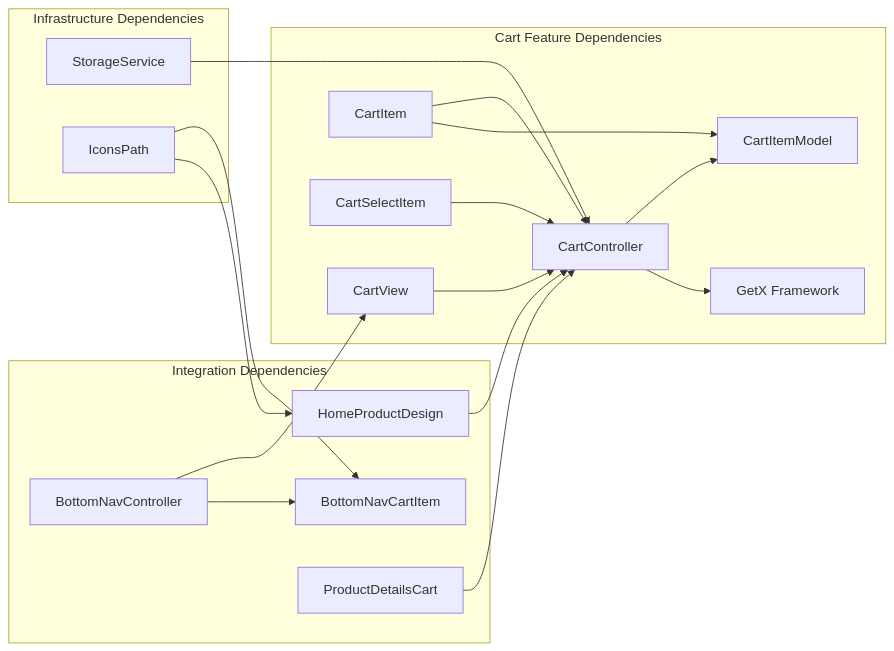
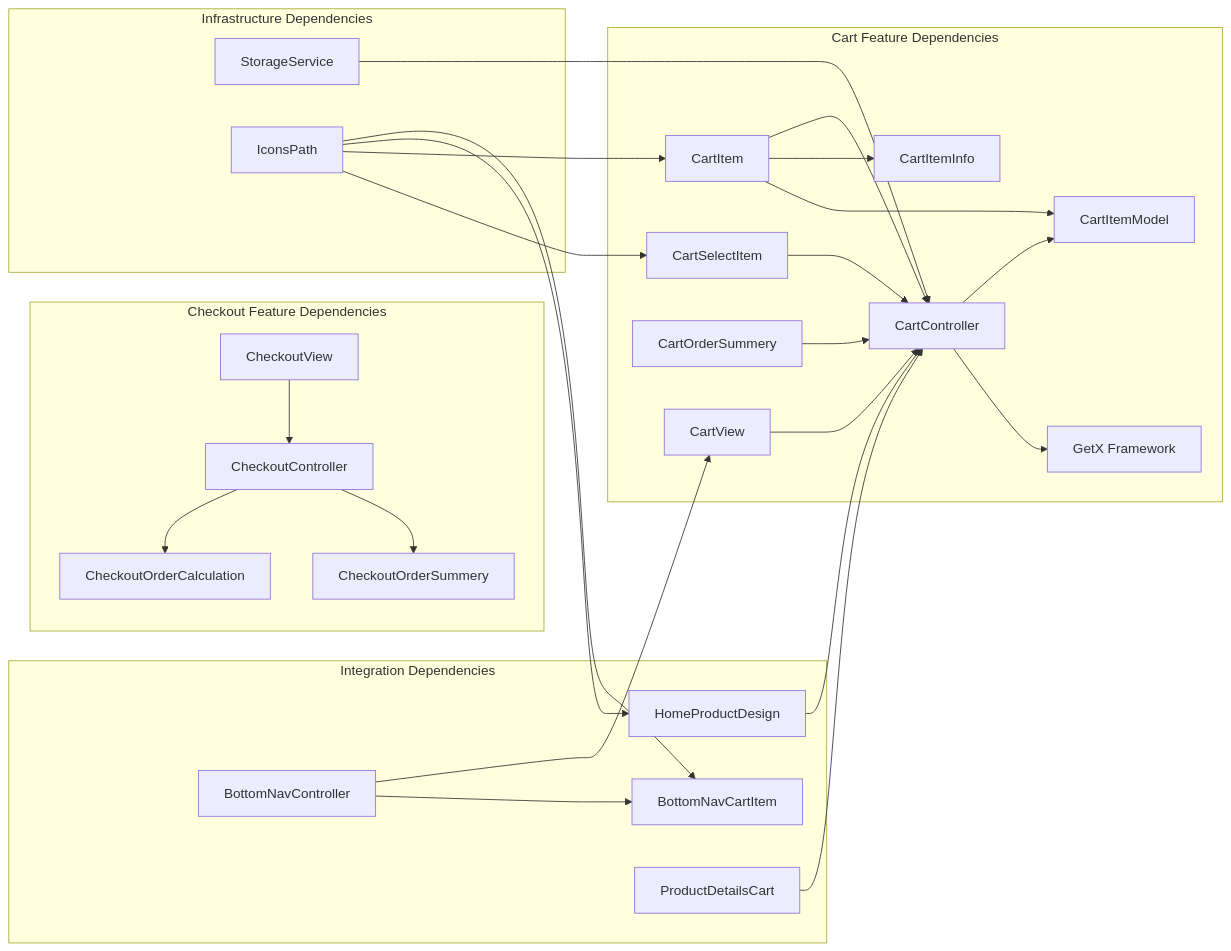
Before and after one commit to Ariful3111/FurniGo: diagram 13 of 13 in .qoder/repowiki/en/content/Core Features/E-commerce Platform/Shopping Cart System.md, drawn with Mermaid. The commit also changed other lines of this file and 15 other files, not shown here.

````diff
--- a/.qoder/repowiki/en/content/Core Features/E-commerce Platform/Shopping Cart System.md
+++ b/.qoder/repowiki/en/content/Core Features/E-commerce Platform/Shopping Cart System.md
@@ -387,22 +558,31 @@
 ```mermaid
 graph LR
 subgraph "Cart Feature Dependencies"
 CC["CartController"] --> CIM["CartItemModel"]
 CC --> GetX["GetX Framework"]
 CV["CartView"] --> CC
 CI["CartItem"] --> CC
+CI --> CII["CartItemInfo"]
 CI --> CIM
 CSI["CartSelectItem"] --> CC
+COS["CartOrderSummery"] --> CC
+end
+subgraph "Checkout Feature Dependencies"
+CKC["CheckoutController"] --> COC["CheckoutOrderCalculation"]
+CKC --> COS2["CheckoutOrderSummery"]
+CV2["CheckoutView"] --> CKC
 end
 subgraph "Integration Dependencies"
 BNC["BottomNavController"] --> CV
 BNC --> BNCI["BottomNavCartItem"]
 HPD["HomeProductDesign"] --> CC
 PDC["ProductDetailsCart"] --> CC
 end
 subgraph "Infrastructure Dependencies"
 SS["StorageService"] --> CC
 ICONS["IconsPath"] --> BNCI
 ICONS --> HPD
+ICONS --> CI
+ICONS --> CSI
 end
 ```
````
